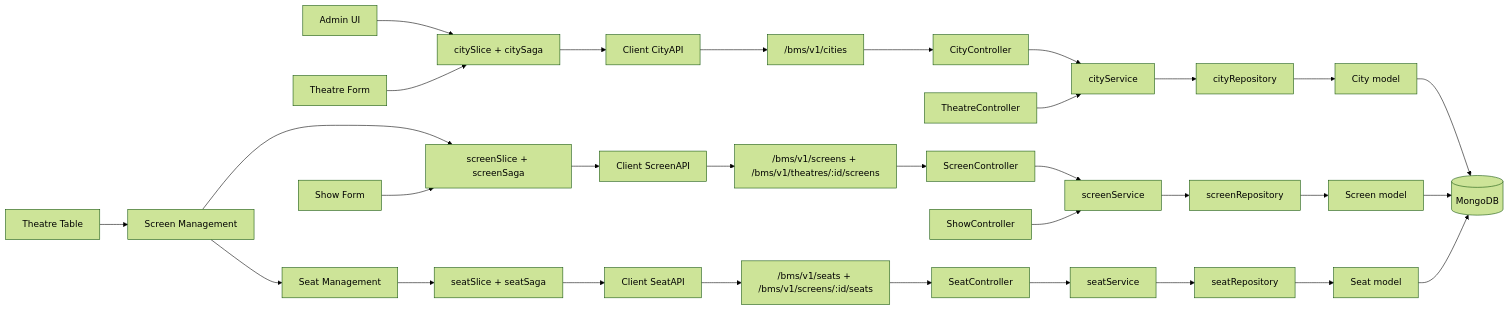
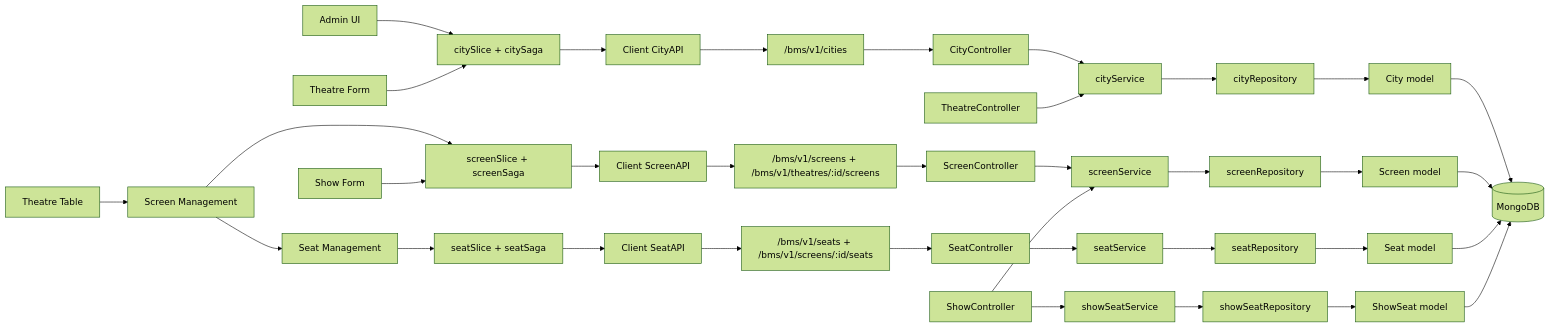
One commit to Shravan-509/BookMyShow changed the tenth of 12 diagrams in docs/ARCHITECTURE.md. Above: the diagram before and after it, drawn with Mermaid (forest theme). The commit also changed other lines of this file and 10 other files, not shown here.

````diff
--- a/docs/ARCHITECTURE.md
+++ b/docs/ARCHITECTURE.md
@@ -662,33 +664,37 @@
 ```mermaid
 flowchart LR
     Admin["Admin UI"] --> CityRedux["citySlice + citySaga"]
     TheatreForm["Theatre Form"] --> CityRedux
     CityRedux --> CityAPI["Client CityAPI"]
     CityAPI --> CityRoutes["/bms/v1/cities"]
     CityRoutes --> CityController["CityController"]
     CityController --> CityService["cityService"]
     CityService --> CityRepository["cityRepository"]
     CityRepository --> CityModel["City model"]
     CityModel --> MongoDB[("MongoDB")]
     TheatreController["TheatreController"] --> CityService
     TheatreUI["Theatre Table"] --> ScreenModal["Screen Management"]
     ScreenModal --> ScreenRedux["screenSlice + screenSaga"]
     ShowForm["Show Form"] --> ScreenRedux
     ScreenRedux --> ScreenAPI["Client ScreenAPI"]
     ScreenAPI --> ScreenRoutes["/bms/v1/screens + /bms/v1/theatres/:id/screens"]
     ScreenRoutes --> ScreenController["ScreenController"]
     ScreenController --> ScreenService["screenService"]
     ScreenService --> ScreenRepository["screenRepository"]
     ScreenRepository --> ScreenModel["Screen model"]
     ScreenModel --> MongoDB
     ScreenModal --> SeatModal["Seat Management"]
     SeatModal --> SeatRedux["seatSlice + seatSaga"]
     SeatRedux --> SeatAPI["Client SeatAPI"]
     SeatAPI --> SeatRoutes["/bms/v1/seats + /bms/v1/screens/:id/seats"]
     SeatRoutes --> SeatController["SeatController"]
     SeatController --> SeatService["seatService"]
     SeatService --> SeatRepository["seatRepository"]
     SeatRepository --> SeatModel["Seat model"]
     SeatModel --> MongoDB
     ShowController["ShowController"] --> ScreenService
+    ShowController --> ShowSeatService["showSeatService"]
+    ShowSeatService --> ShowSeatRepository["showSeatRepository"]
+    ShowSeatRepository --> ShowSeatModel["ShowSeat model"]
+    ShowSeatModel --> MongoDB
 ```
````
